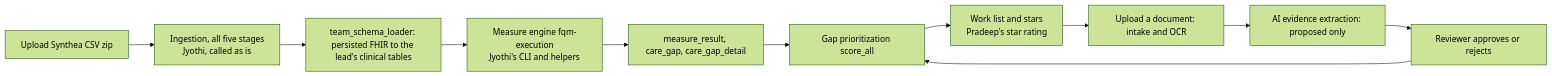
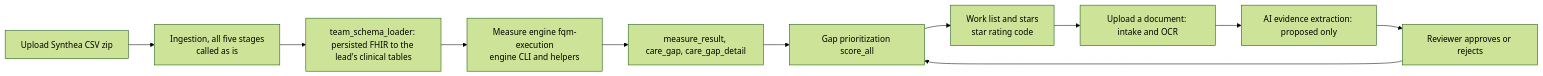
One commit to ShrutiSarodekanini/HEDIS-POC changed the diagram in docs/integration/END_TO_END_REPORT.md. Above: the diagram before and after it, drawn with Mermaid (forest theme). The commit also changed other lines of this file and 60 other files, not shown here.

````diff
--- a/docs/integration/END_TO_END_REPORT.md
+++ b/docs/integration/END_TO_END_REPORT.md
@@ -7,13 +7,13 @@
 ```mermaid
 flowchart LR
-  A[Upload Synthea CSV zip] --> B[Ingestion, all five stages<br/>Jyothi, called as is]
+  A[Upload Synthea CSV zip] --> B[Ingestion, all five stages<br/>called as is]
   B --> C[team_schema_loader: persisted FHIR to the lead's clinical tables]
-  C --> D[Measure engine fqm-execution<br/>Jyothi's CLI and helpers]
+  C --> D[Measure engine fqm-execution<br/>engine CLI and helpers]
   D --> E[measure_result, care_gap, care_gap_detail]
   E --> F[Gap prioritization score_all]
-  F --> G[Work list and stars<br/>Pradeep's star rating]
+  F --> G[Work list and stars<br/>star rating code]
   G --> H[Upload a document: intake and OCR]
   H --> I[AI evidence extraction: proposed only]
   I --> J[Reviewer approves or rejects]
   J --> F
 ```
````
